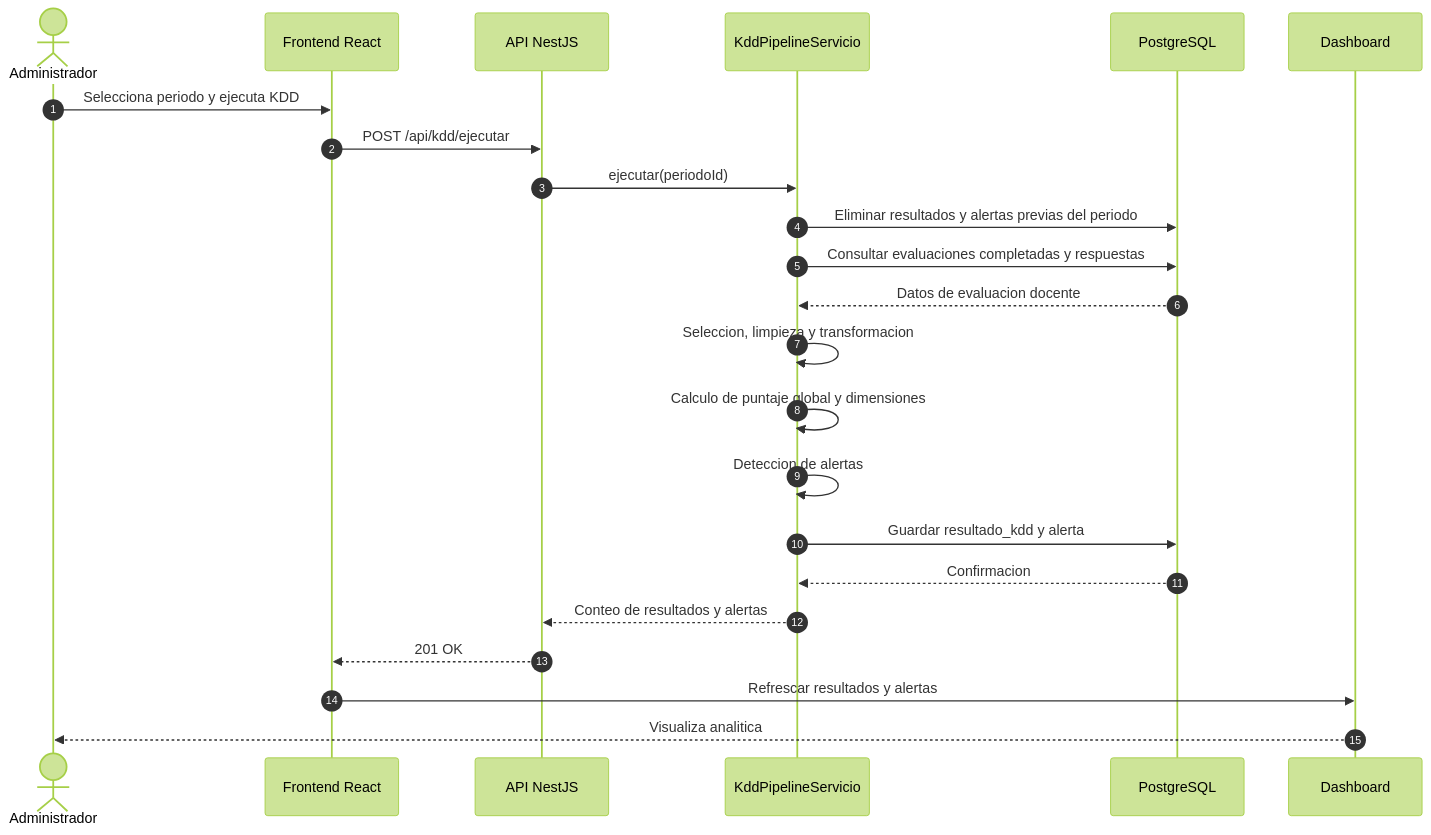
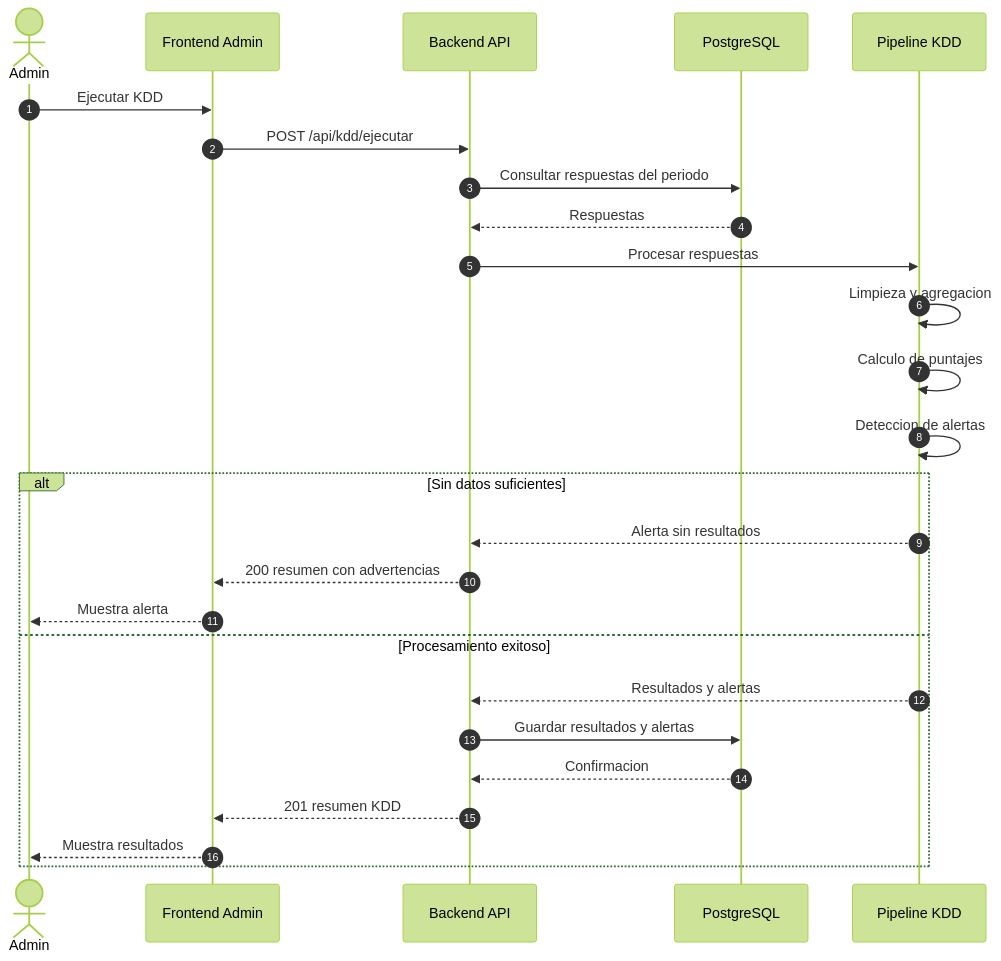
One commit to Proyecto-grado-ucc/proyectoGrado-server changed the diagram in docs/diagramas/09_secuencia_pipeline_kdd.mmd. Above: the diagram before and after it, drawn with Mermaid (forest theme). The commit also changed 34 other files, not shown here.

Commit message:
docs: refine architecture diagrams

```diff
--- a/docs/diagramas/09_secuencia_pipeline_kdd.mmd
+++ b/docs/diagramas/09_secuencia_pipeline_kdd.mmd
@@ -1,24 +1,27 @@
 sequenceDiagram
   autonumber
-  actor Admin as Administrador
-  participant FE as Frontend React
-  participant API as API NestJS
-  participant KDD as KddPipelineServicio
-  participant DB as PostgreSQL
-  participant Dash as Dashboard
+  actor Admin
+  participant Front as Frontend Admin
+  participant Api as Backend API
+  participant Db as PostgreSQL
+  participant Kdd as Pipeline KDD
 
-  Admin->>FE: Selecciona periodo y ejecuta KDD
-  FE->>API: POST /api/kdd/ejecutar
-  API->>KDD: ejecutar(periodoId)
-  KDD->>DB: Eliminar resultados y alertas previas del periodo
-  KDD->>DB: Consultar evaluaciones completadas y respuestas
-  DB-->>KDD: Datos de evaluacion docente
-  KDD->>KDD: Seleccion, limpieza y transformacion
-  KDD->>KDD: Calculo de puntaje global y dimensiones
-  KDD->>KDD: Deteccion de alertas
-  KDD->>DB: Guardar resultado_kdd y alerta
-  DB-->>KDD: Confirmacion
-  KDD-->>API: Conteo de resultados y alertas
-  API-->>FE: 201 OK
-  FE->>Dash: Refrescar resultados y alertas
-  Dash-->>Admin: Visualiza analitica
+  Admin->>Front: Ejecutar KDD
+  Front->>Api: POST /api/kdd/ejecutar
+  Api->>Db: Consultar respuestas del periodo
+  Db-->>Api: Respuestas
+  Api->>Kdd: Procesar respuestas
+  Kdd->>Kdd: Limpieza y agregacion
+  Kdd->>Kdd: Calculo de puntajes
+  Kdd->>Kdd: Deteccion de alertas
+  alt Sin datos suficientes
+    Kdd-->>Api: Alerta sin resultados
+    Api-->>Front: 200 resumen con advertencias
+    Front-->>Admin: Muestra alerta
+  else Procesamiento exitoso
+    Kdd-->>Api: Resultados y alertas
+    Api->>Db: Guardar resultados y alertas
+    Db-->>Api: Confirmacion
+    Api-->>Front: 201 resumen KDD
+    Front-->>Admin: Muestra resultados
+  end
```
